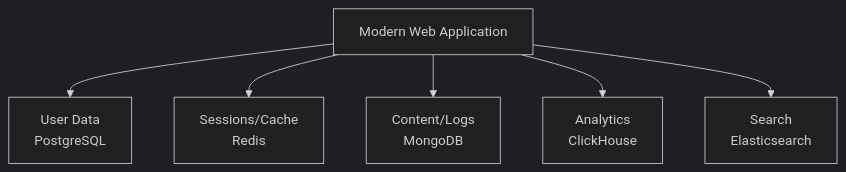
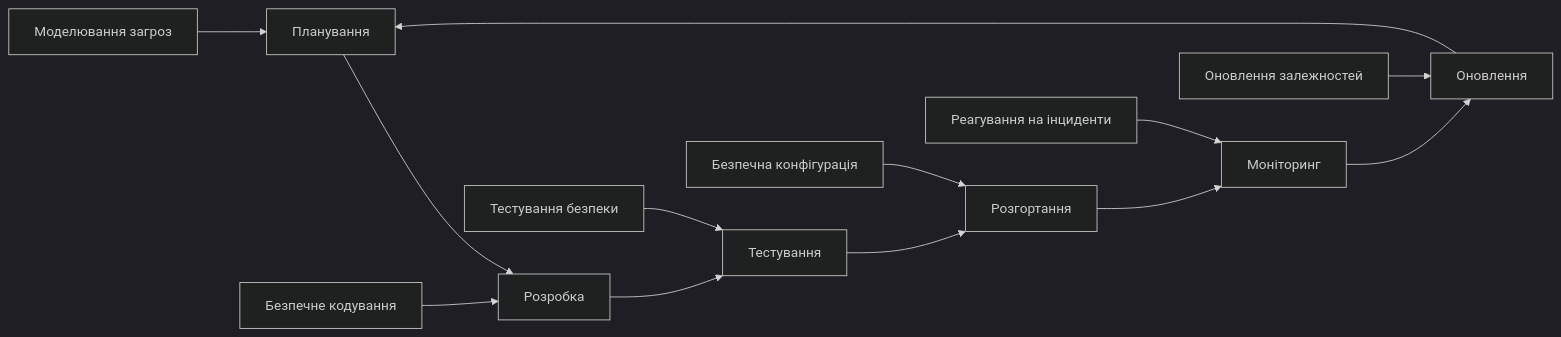
Before and after one commit to olroi421/course-web: the tenth of 10 diagrams in presentations/presentation-05.md, drawn with Mermaid (dark theme). The commit also changed other lines of this file and 10 other files, not shown here.

````diff
--- a/presentations/presentation-05.md
+++ b/presentations/presentation-05.md
@@ -535,8 +675,16 @@
 ```mermaid
-graph TB
-    A[Modern Web Application] --> B[User Data<br/>PostgreSQL]
-    A --> C[Sessions/Cache<br/>Redis]
-    A --> D[Content/Logs<br/>MongoDB]
-    A --> E[Analytics<br/>ClickHouse]
-    A --> F[Search<br/>Elasticsearch]
+graph LR
+    A[Планування] --> B[Розробка]
+    B --> C[Тестування]
+    C --> D[Розгортання]
+    D --> E[Моніторинг]
+    E --> F[Оновлення]
+    F --> A
+
+    A1[Моделювання загроз] --> A
+    B1[Безпечне кодування] --> B
+    C1[Тестування безпеки] --> C
+    D1[Безпечна конфігурація] --> D
+    E1[Реагування на інциденти] --> E
+    F1[Оновлення залежностей] --> F
 ```
````
